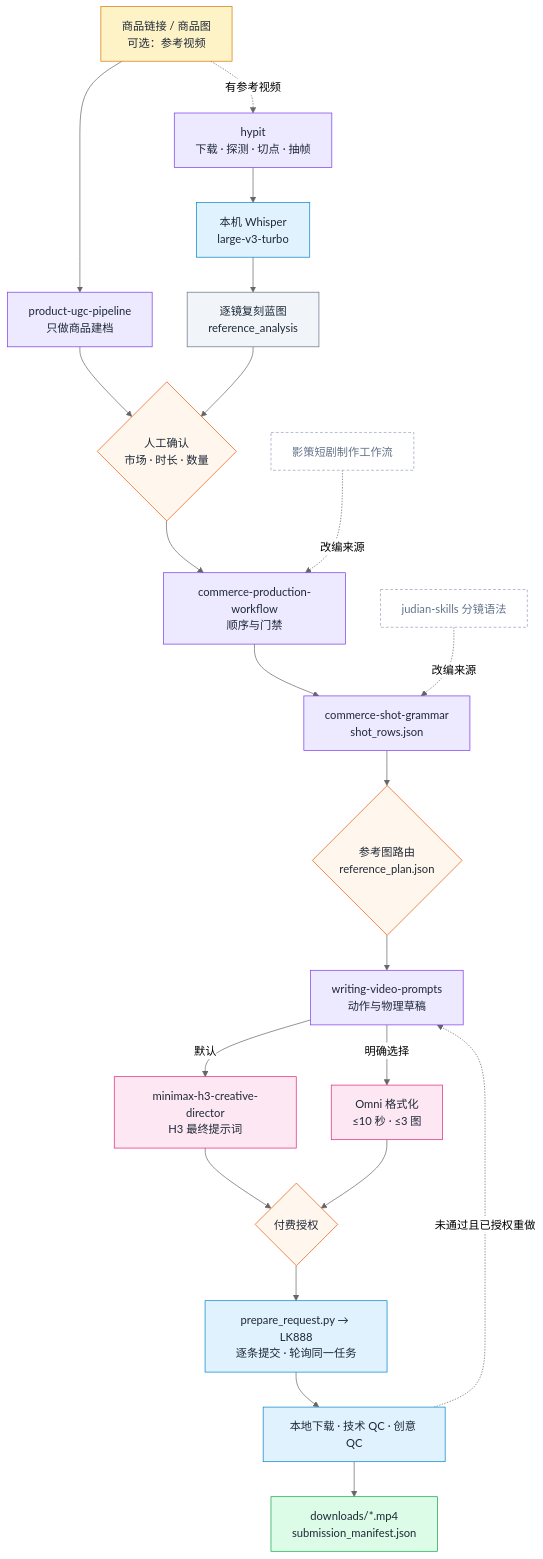
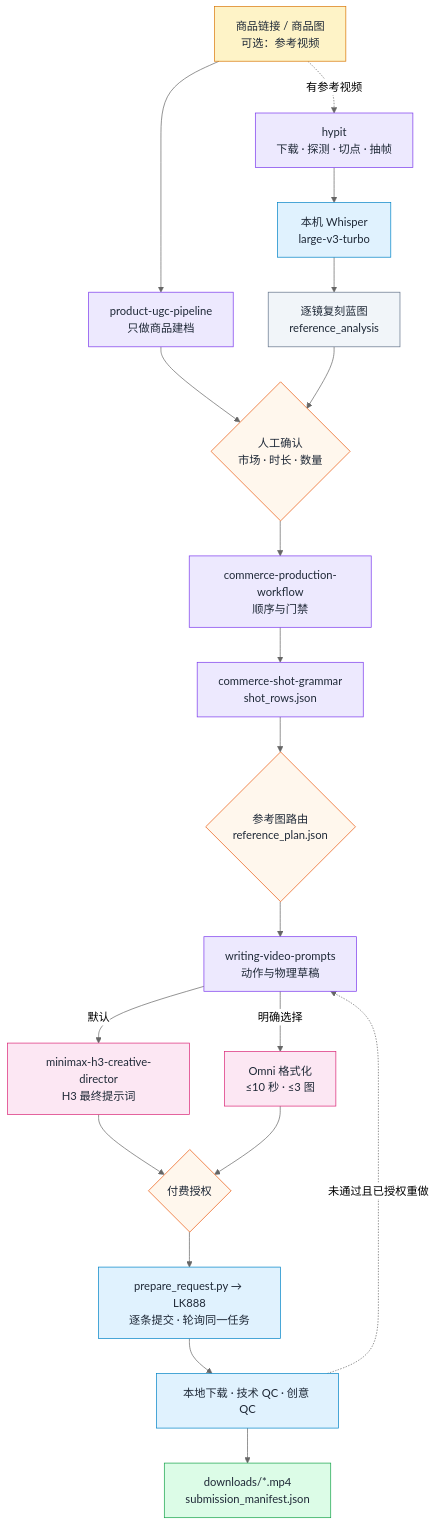
One commit to peipeijiang/ad-muse changed the diagram in README.md. Above: the diagram before and after it, drawn with Mermaid (neutral theme). The commit also changed other lines of this file and 1 other file, not shown here.

````diff
--- a/README.md
+++ b/README.md
@@ -37,43 +37,37 @@
 ```mermaid
 flowchart TD
   IN["商品链接 / 商品图<br/>可选：参考视频"]:::input
   PUP["product-ugc-pipeline<br/>只做商品建档"]:::skill
   HY["hypit<br/>下载 · 探测 · 切点 · 抽帧"]:::skill
   ASR["本机 Whisper<br/>large-v3-turbo"]:::tool
   BP["逐镜复刻蓝图<br/>reference_analysis"]:::artifact
   G1{"人工确认<br/>市场 · 时长 · 数量"}:::gate
   CPW["commerce-production-workflow<br/>顺序与门禁"]:::skill
   CSG["commerce-shot-grammar<br/>shot_rows.json"]:::skill
   RT{"参考图路由<br/>reference_plan.json"}:::gate
   WVP["writing-video-prompts<br/>动作与物理草稿"]:::skill
   H3D["minimax-h3-creative-director<br/>H3 最终提示词"]:::model
   OMF["Omni 格式化<br/>≤10 秒 · ≤3 图"]:::model
   G2{"付费授权"}:::gate
   SUB["prepare_request.py → LK888<br/>逐条提交 · 轮询同一任务"]:::tool
   QC["本地下载 · 技术 QC · 创意 QC"]:::tool
   OUT["downloads/*.mp4<br/>submission_manifest.json"]:::output
 
   IN --> PUP
   IN -.有参考视频.-> HY --> ASR --> BP
   PUP --> G1
   BP --> G1
   G1 --> CPW --> CSG --> RT --> WVP
   WVP -->|默认| H3D --> G2
   WVP -->|明确选择| OMF --> G2
   G2 --> SUB --> QC --> OUT
   QC -.未通过且已授权重做.-> WVP
 
-  JD["judian-skills 分镜语法"]:::ref
-  YC["影策短剧制作工作流"]:::ref
-  JD -. 改编来源 .-> CSG
-  YC -. 改编来源 .-> CPW
-
   classDef input fill:#fef3c7,stroke:#d97706,color:#1f2937
   classDef skill fill:#ede9fe,stroke:#7c3aed,color:#1f2937
   classDef tool fill:#e0f2fe,stroke:#0284c7,color:#1f2937
   classDef model fill:#fce7f3,stroke:#db2777,color:#1f2937
   classDef gate fill:#fff7ed,stroke:#ea580c,color:#1f2937
   classDef artifact fill:#f1f5f9,stroke:#64748b,color:#1f2937
   classDef output fill:#dcfce7,stroke:#16a34a,color:#1f2937
-  classDef ref fill:#ffffff,stroke:#94a3b8,stroke-dasharray:4 3,color:#64748b
 ```
````
